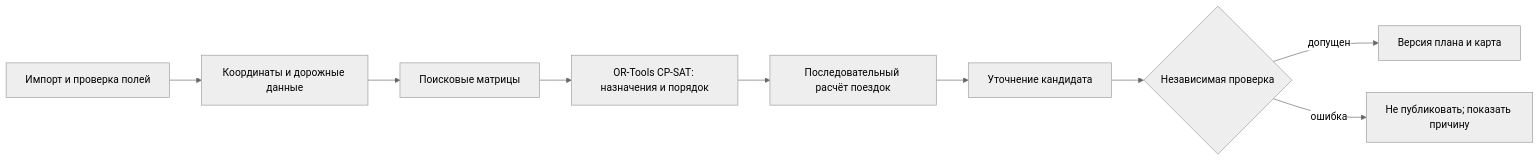
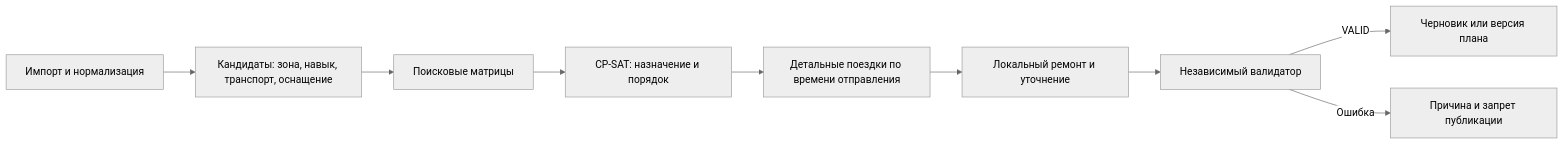
The second of 6 diagrams in README.md (R2NN/scaszc), drawn with Mermaid (neutral theme) before and after one commit. The commit also changed other lines of this file and 44 other files, not shown here.

Commit message:
docs: explain product decisions and verified architecture

````diff
--- a/README.md
+++ b/README.md
@@ -98,11 +177,11 @@
 ```mermaid
 flowchart LR
-  A[Импорт и проверка полей] --> B[Координаты и дорожные данные]
+  A[Импорт и нормализация] --> B[Кандидаты: зона, навык, транспорт, оснащение]
   B --> C[Поисковые матрицы]
-  C --> D[OR-Tools CP-SAT: назначения и порядок]
-  D --> E[Последовательный расчёт поездок]
-  E --> F[Уточнение кандидата]
-  F --> G{Независимая проверка}
-  G -- допущен --> H[Версия плана и карта]
-  G -- ошибка --> I[Не публиковать; показать причину]
+  C --> D[CP-SAT: назначение и порядок]
+  D --> E[Детальные поездки по времени отправления]
+  E --> F[Локальный ремонт и уточнение]
+  F --> G[Независимый валидатор]
+  G -->|VALID| H[Черновик или версия плана]
+  G -->|Ошибка| X[Причина и запрет публикации]
 ```
````
